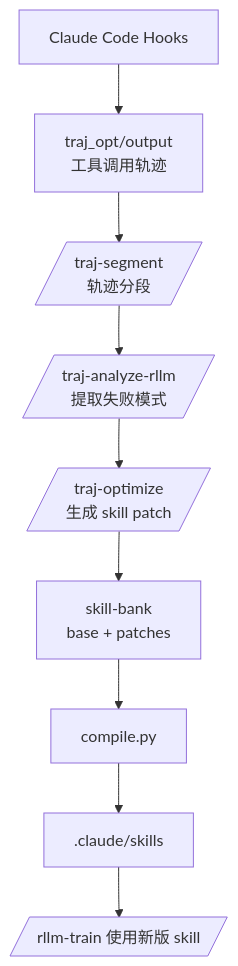
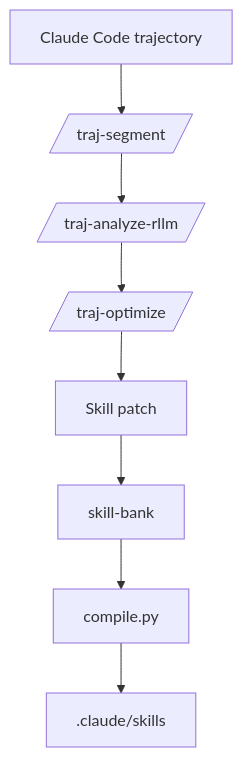
Before and after one commit to Codekiing/Agent4AgenticRL-Skill: the second of 3 diagrams in README.md, drawn with Mermaid. The commit also changed other lines of this file, not shown here.

First line of the commit message:
Rewrite README around skill workflows

````diff
--- a/README.md
+++ b/README.md
@@ -143,11 +87,10 @@
 ```mermaid
 flowchart TD
-    H[Claude Code Hooks] --> O[traj_opt/output\n工具调用轨迹]
-    O --> S[/traj-segment\n轨迹分段/]
-    S --> AR[/traj-analyze-rllm\n提取失败模式/]
-    AR --> P[/traj-optimize\n生成 skill patch/]
-    P --> B[skill-bank\nbase + patches]
-    B --> Compile[compile.py]
-    Compile --> CS[.claude/skills]
-    CS --> T[/rllm-train 使用新版 skill/]
+    Trace[Claude Code trajectory] --> Segment[/traj-segment/]
+    Segment --> Analyze[/traj-analyze-rllm/]
+    Analyze --> Optimize[/traj-optimize/]
+    Optimize --> Patch[Skill patch]
+    Patch --> Bank[skill-bank]
+    Bank --> Compile[compile.py]
+    Compile --> Skills[.claude/skills]
 ```
````
